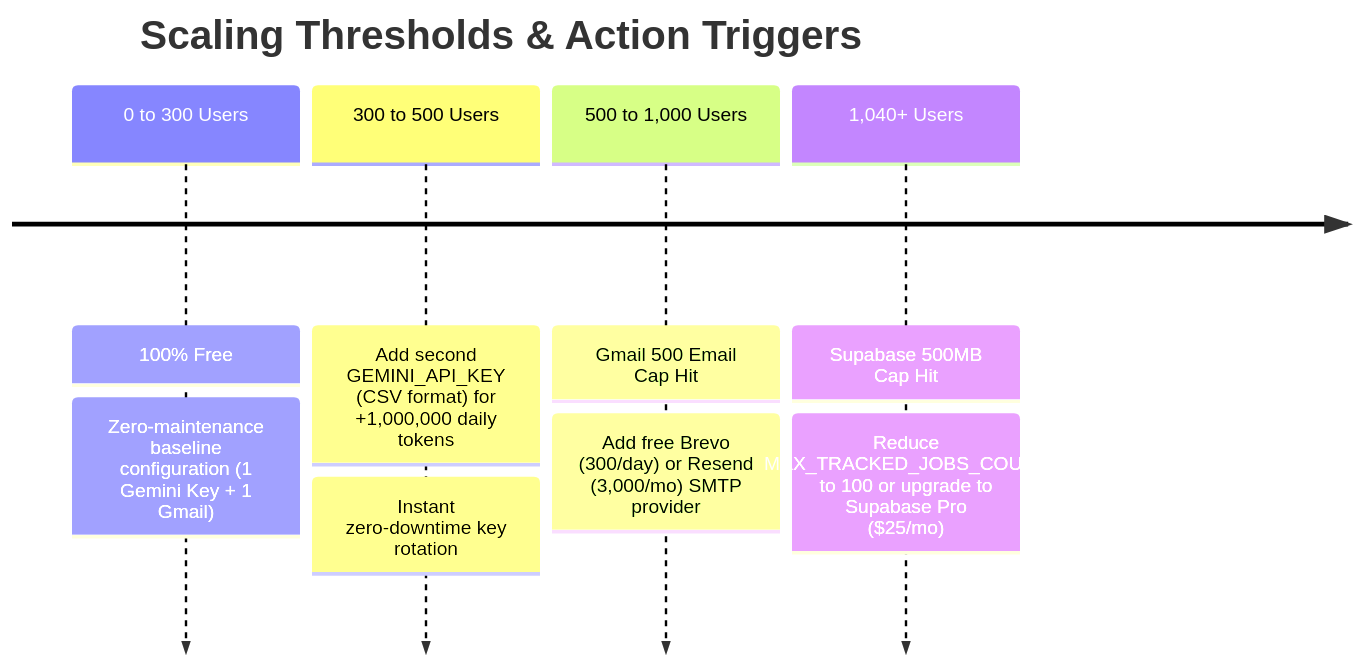
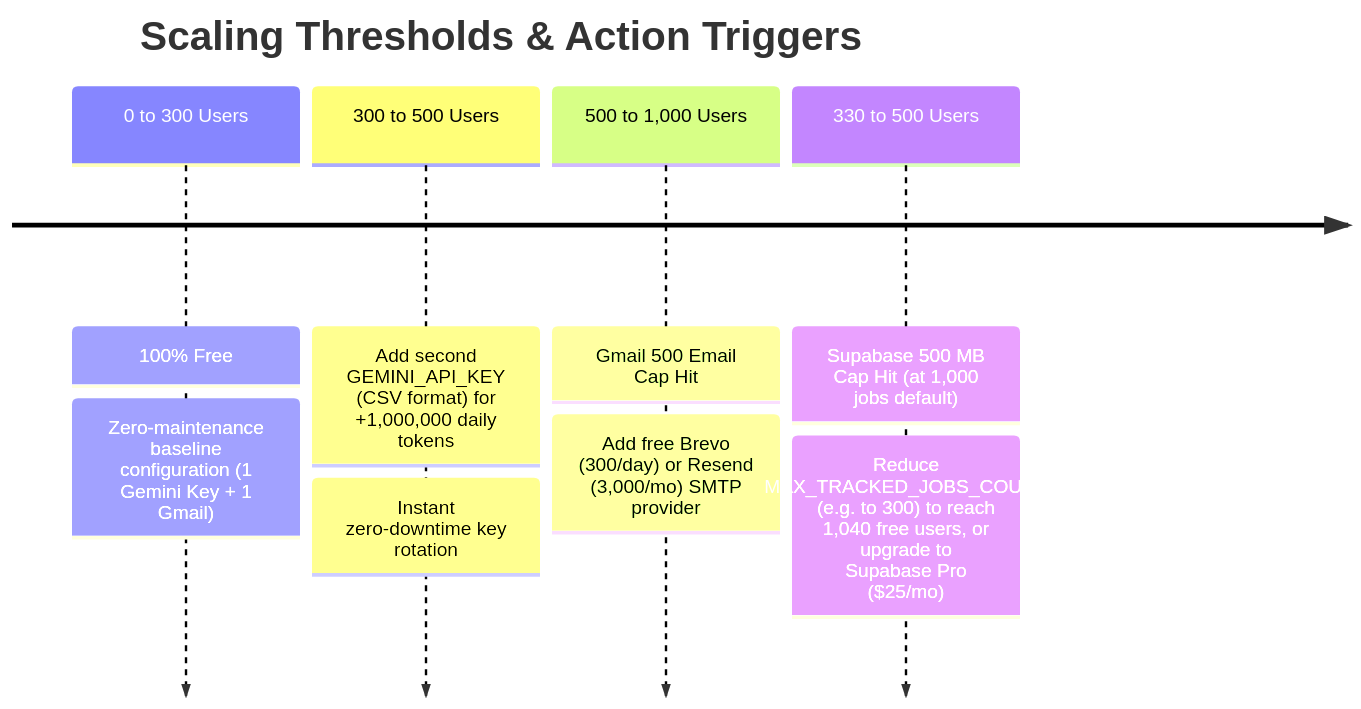
The second of 2 diagrams in docs/METRICS.md (tanish-jain-225/job-hunter), drawn with Mermaid before and after one commit. The commit also changed other lines of this file and 11 other files, not shown here.

````diff
--- a/docs/METRICS.md
+++ b/docs/METRICS.md
@@ -125,12 +125,12 @@
 ```mermaid
 timeline
     title Scaling Thresholds & Action Triggers
     0 to 300 Users : 100% Free
                    : Zero-maintenance baseline configuration (1 Gemini Key + 1 Gmail)
     300 to 500 Users : Add second GEMINI_API_KEY (CSV format) for +1,000,000 daily tokens
                      : Instant zero-downtime key rotation
     500 to 1,000 Users : Gmail 500 Email Cap Hit
                        : Add free Brevo (300/day) or Resend (3,000/mo) SMTP provider
-    1,040+ Users : Supabase 500MB Cap Hit
-                 : Reduce MAX_TRACKED_JOBS_COUNT to 100 or upgrade to Supabase Pro ($25/mo)
+    330 to 500 Users : Supabase 500 MB Cap Hit (at 1,000 jobs default)
+                     : Reduce MAX_TRACKED_JOBS_COUNT (e.g. to 300) to reach 1,040 free users, or upgrade to Supabase Pro ($25/mo)
 ```
````
